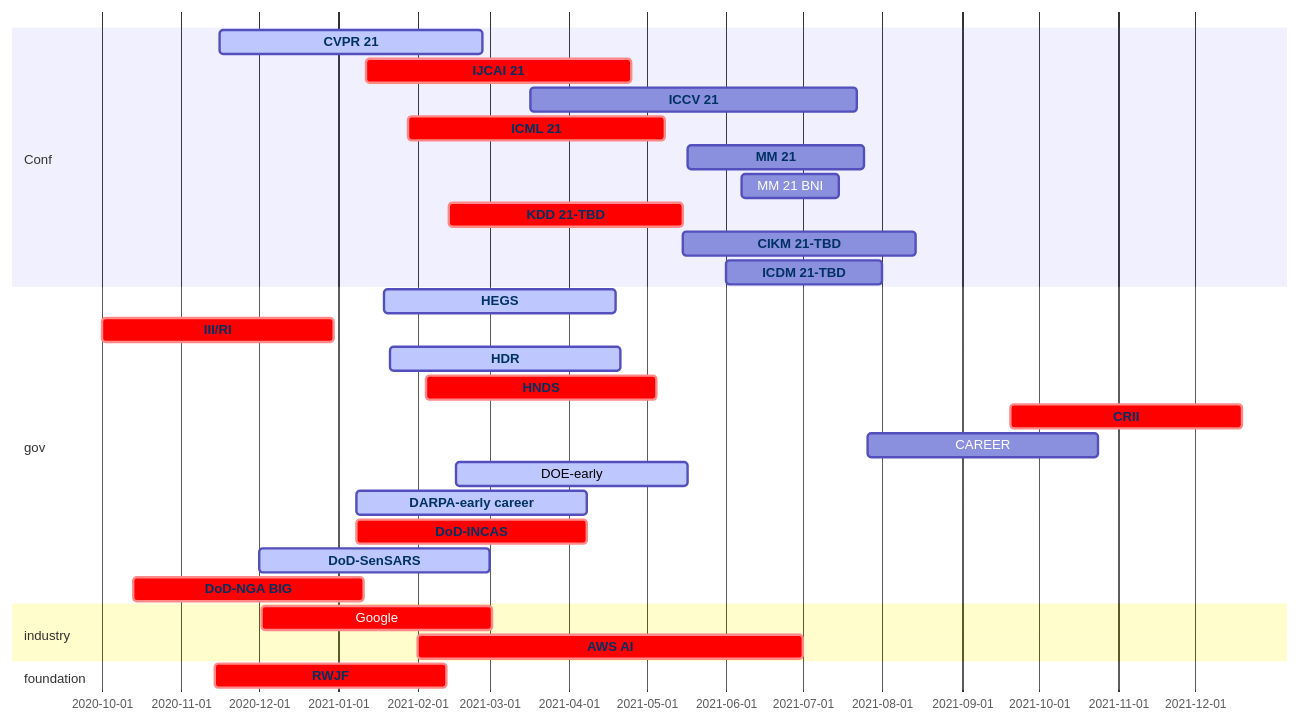
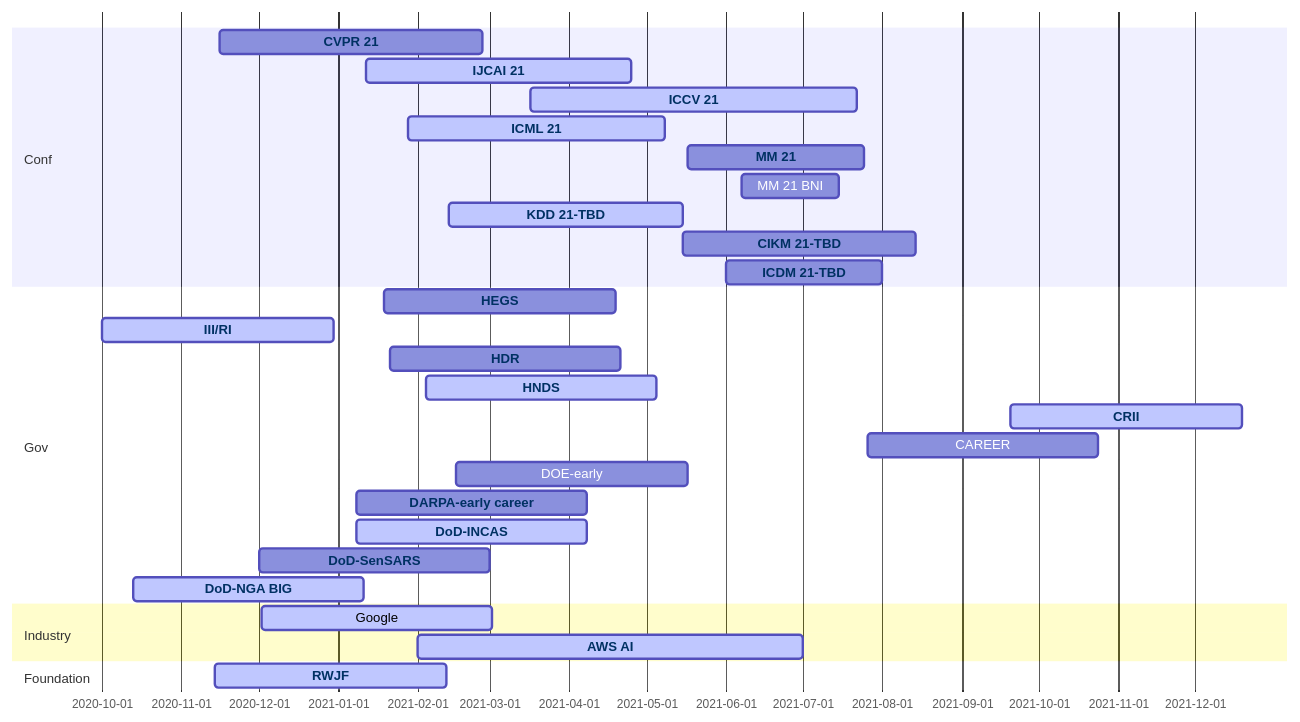
One commit to aquastar/academic-kickstart changed the diagram in content/post/conf/index.md. Above: the diagram before and after it, drawn with Mermaid.

````diff
--- a/content/post/conf/index.md
+++ b/content/post/conf/index.md
@@ -16,54 +16,54 @@
 ```mermaid
 gantt
   dateFormat  MM/DD/YY
   section Conf
-    CVPR 21 :active, cvpr, 11/16/20, 02/26/21
-    IJCAI 21 :crit, ijcai, 01/12/21, 04/25/21
-    ICCV 21 :iccv, 03/17/21, 07/22/21
-    ICML 21:crit, icml, 01/28/21, 05/08/21
+    CVPR 21 :cvpr, 11/16/20, 02/26/21
+    IJCAI 21 :active, ijcai, 01/12/21, 04/25/21
+    ICCV 21 :active, 03/17/21, 07/22/21
+    ICML 21:active, icml, 01/28/21, 05/08/21
     MM 21:mm, 05/17/21, 07/25/21
     MM 21 BNI:mmbni, 06/07/21, 07/15/21
-    KDD 21-TBD:crit, kdd, 02/13/21, 05/15/21
+    KDD 21-TBD:active, kdd, 02/13/21, 05/15/21
     CIKM 21-TBD:cikm, 05/15/21, 08/14/21
     ICDM 21-TBD:icdm, 06/01/21, 08/01/21
-  section gov
-    HEGS: active, hegs, 01/19/21, 90d
-    III/RI:crit, iis, 10/01/20, 90d
-    HDR :active, hdr, 01/21/21, 90d
-    HNDS :crit, hnds, 02/04/21, 90d
-    CRII :crit, crii, 09/20/21, 90d 
+  section Gov
+    HEGS: hegs, 01/19/21, 90d
+    III/RI:active, iis, 10/01/20, 90d
+    HDR :hdr, 01/21/21, 90d
+    HNDS :active, hnds, 02/04/21, 90d
+    CRII :active, crii, 09/20/21, 90d 
     CAREER:career, 07/26/21, 90d
-    DOE-early:active,  doe, 02/16/21, 90d 
-    DARPA-early career:active,  darpa, 01/08/21, 90d
-    DoD-INCAS:crit,  incas, 01/08/21, 90d
-    DoD-SenSARS:active,  sensars, 12/01/20, 90d
-    DoD-NGA BIG:crit, nga, 10/13/20, 90d
-  section industry
-    Google:crit,  google, 12/02/20, 90d
-    AWS AI:crit,  aws, 02/01/21, 07/01/21
-  section foundation
-    RWJF :crit, rwjf, 11/14/20, 90d
+    DOE-early:doe, 02/16/21, 90d 
+    DARPA-early career:  darpa, 01/08/21, 90d
+    DoD-INCAS:active,  incas, 01/08/21, 90d
+    DoD-SenSARS: sensars, 12/01/20, 90d
+    DoD-NGA BIG:active, nga, 10/13/20, 90d
+  section Industry
+    Google:active,  google, 12/02/20, 90d
+    AWS AI:active,  aws, 02/01/21, 07/01/21
+  section Foundation
+    RWJF :active, rwjf, 11/14/20, 90d
 
 
   click nga href "https://beta.sam.gov/opp/3c218648f9f04658840e478a7f1048e1/view?keywords=HM0476-20-BAA-0001&sort=-relevance&index=&is_active=true&page=1"
   click sensars href "https://beta.sam.gov/opp/a84f1af107334afcbf39d885d8f668a3/view"
   click aws href "https://www.amazon.science/research-awards/call-for-proposals/aws-ai"
   click incas href "https://beta.sam.gov/opp/6bbca26d91df4eff96b4edfa2386c35f/view?keywords=incas&sort=-relevance&index=&is_active=true&page=1"
   click darpa href "https://www.darpa.mil/work-with-us/for-universities/young-faculty-award"
   click deo href "https://www.grants.gov/web/grants/search-grants.html"
   click cvpr href "http://cvpr2021.thecvf.com/"
   click iccv href "http://iccv2021.thecvf.com/"
   click icml href "https://icml.cc/Conferences/2021"
   click ijcai href "http://www.ijcai-21.org/"
   click kdd href "http://www.kdd.org/kdd2021"
   click www href "https://www2021.thewebconf.org/"
   click cikm href "https://www.cikm2021.org/"
   click icdm href "http://icdm2021.bigke.org"
   click mm href "https://2020.acmmm.org/index.html"
   click crii href "https://www.nsf.gov/funding/pgm_summ.jsp?pims_id=504952"
   click hdr href "https://www.nsf.gov/funding/pgm_summ.jsp?pims_id=505828&org=NSF&sel_org=CISE&from=fund"
   click hnds href "https://www.nsf.gov/funding/pgm_summ.jsp?pims_id=505702"
   click rwjf href "https://anr.rwjf.org/viewCfp.do?cfpId=1509&cfpOverviewId="
   click iis href "https://www.nsf.gov/funding/pgm_summ.jsp?pims_id=505667&org=NSF"
   click hegs href "https://www.nsf.gov/funding/pgm_summ.jsp?pims_id=505745&org=NSF&sel_org=NSF&from=fund"
 ```
````
